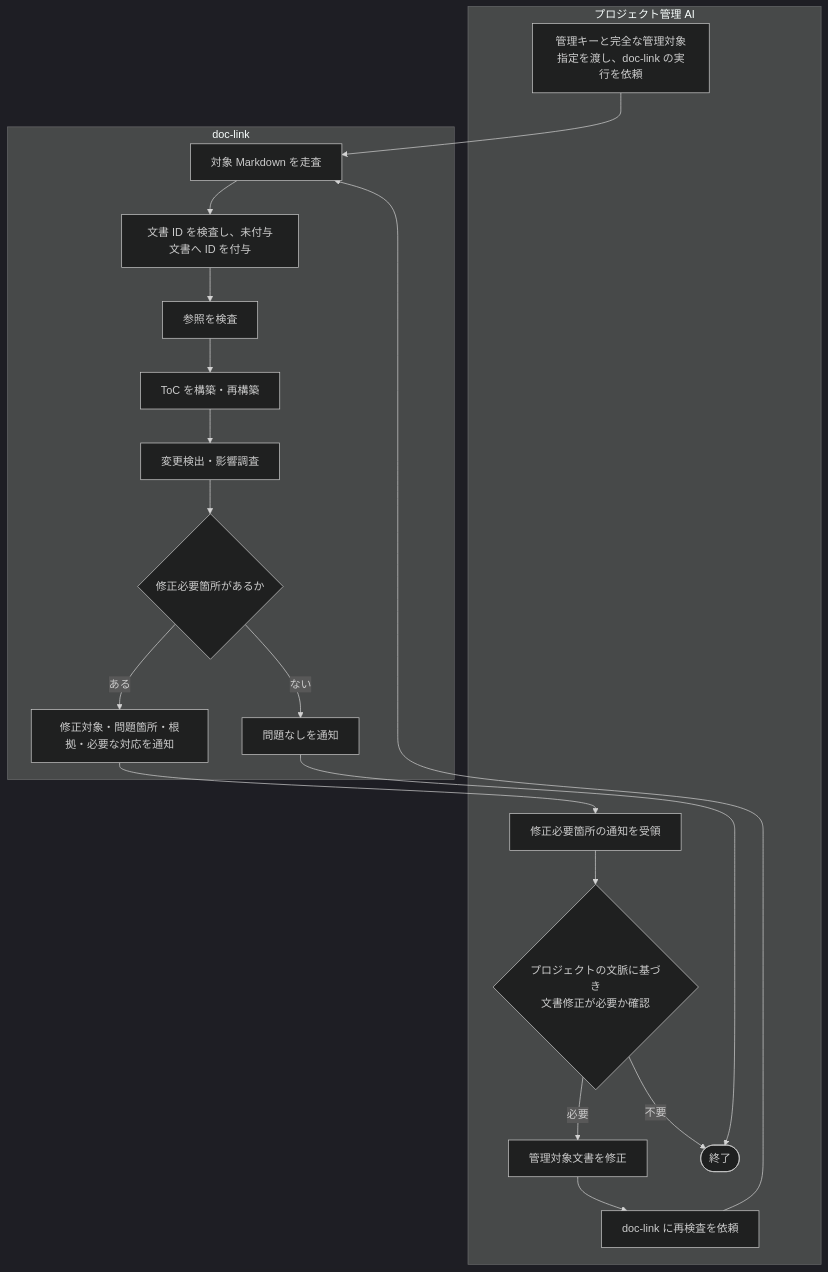
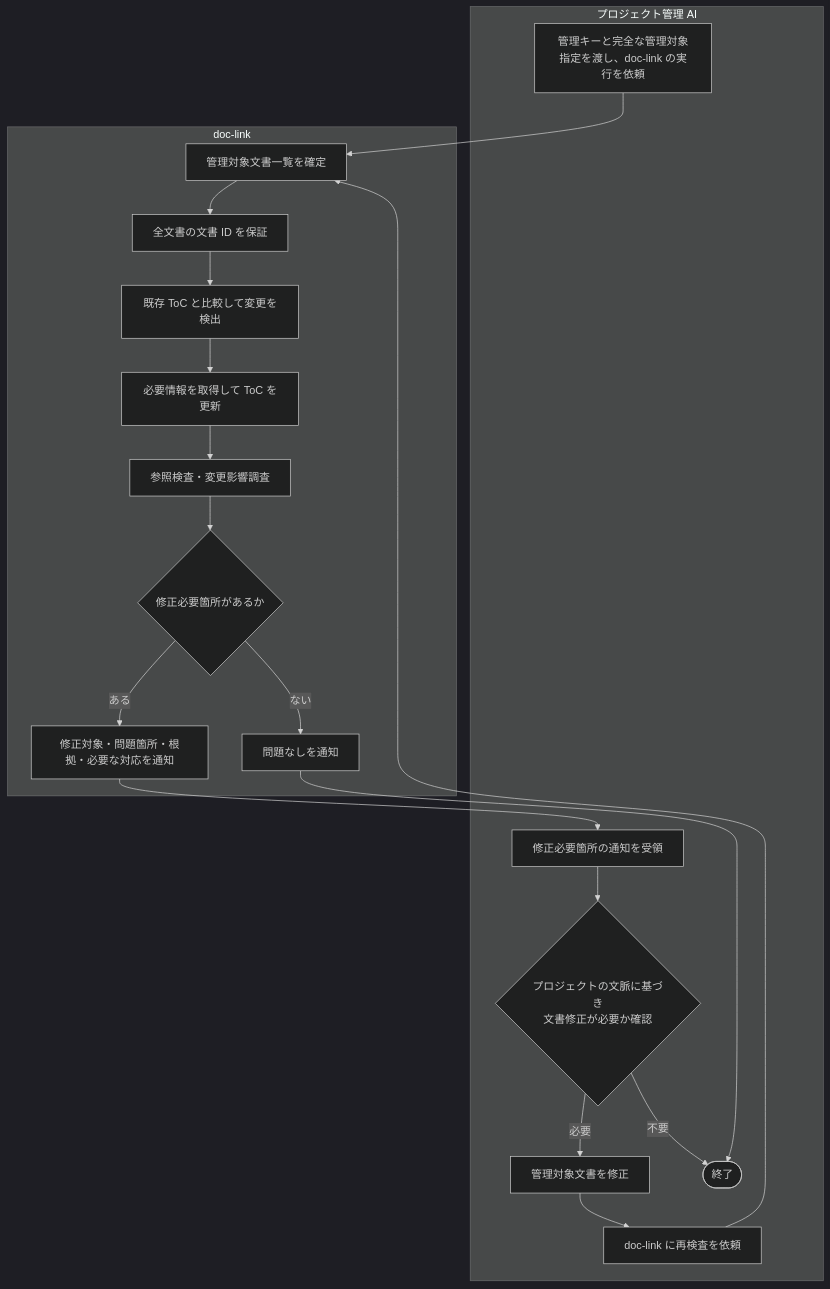
The first of 5 diagrams in doc/spec/requirement/doc_link_requirements.md (BlueEventHorizon/doc-link), drawn with Mermaid (dark theme) before and after one commit. The commit also changed other lines of this file, not shown here.

````diff
--- a/doc/spec/requirement/doc_link_requirements.md
+++ b/doc/spec/requirement/doc_link_requirements.md
@@ -42,40 +44,40 @@
 ```mermaid
 flowchart TB
     subgraph PROJECT_AI[プロジェクト管理 AI]
         PA1[管理キーと完全な管理対象指定を渡し、doc-link の実行を依頼]
         PA2[修正必要箇所の通知を受領]
         PA3{プロジェクトの文脈に基づき<br>文書修正が必要か確認}
         PA4[管理対象文書を修正]
         PA5[doc-link に再検査を依頼]
         PA6([終了])
 
         PA2 --> PA3
         PA3 -- 必要 --> PA4
         PA4 --> PA5
         PA3 -- 不要 --> PA6
     end
 
     subgraph DOC_LINK[doc-link]
-        DL1[対象 Markdown を走査]
-        DL2[文書 ID を検査し、未付与文書へ ID を付与]
-        DL3[参照を検査]
-        DL4[ToC を構築・再構築]
-        DL5[変更検出・影響調査]
+        DL1[管理対象文書一覧を確定]
+        DL2[全文書の文書 ID を保証]
+        DL3[既存 ToC と比較して変更を検出]
+        DL4[必要情報を取得して ToC を更新]
+        DL5[参照検査・変更影響調査]
         DL6{修正必要箇所があるか}
         DL7[修正対象・問題箇所・根拠・必要な対応を通知]
         DL8[問題なしを通知]
 
         DL1 --> DL2
         DL2 --> DL3
         DL3 --> DL4
         DL4 --> DL5
         DL5 --> DL6
         DL6 -- ある --> DL7
         DL6 -- ない --> DL8
     end
 
     PA1 --> DL1
     DL7 --> PA2
     DL8 --> PA6
     PA5 --> DL1
 ```
````
